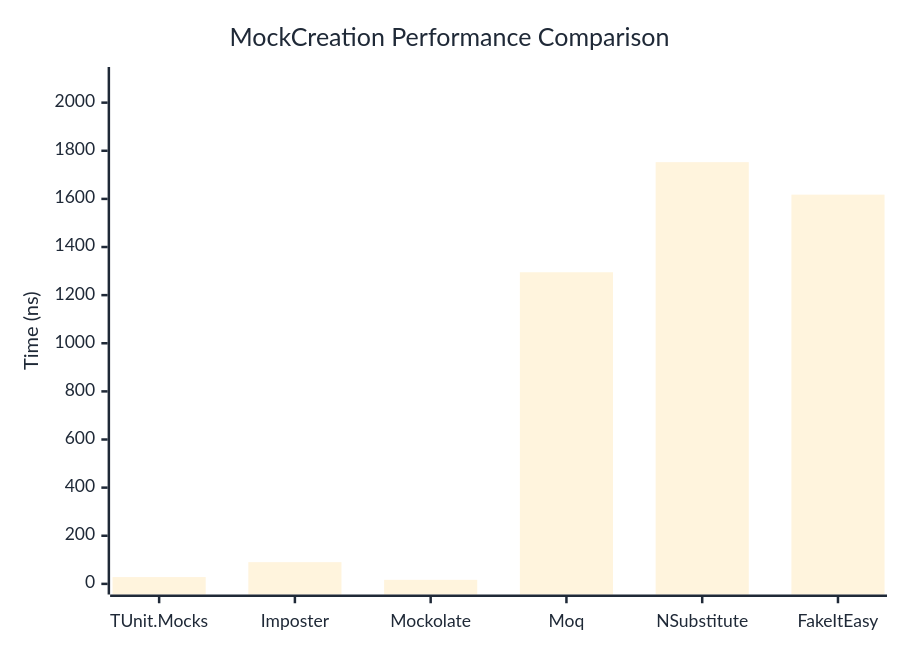
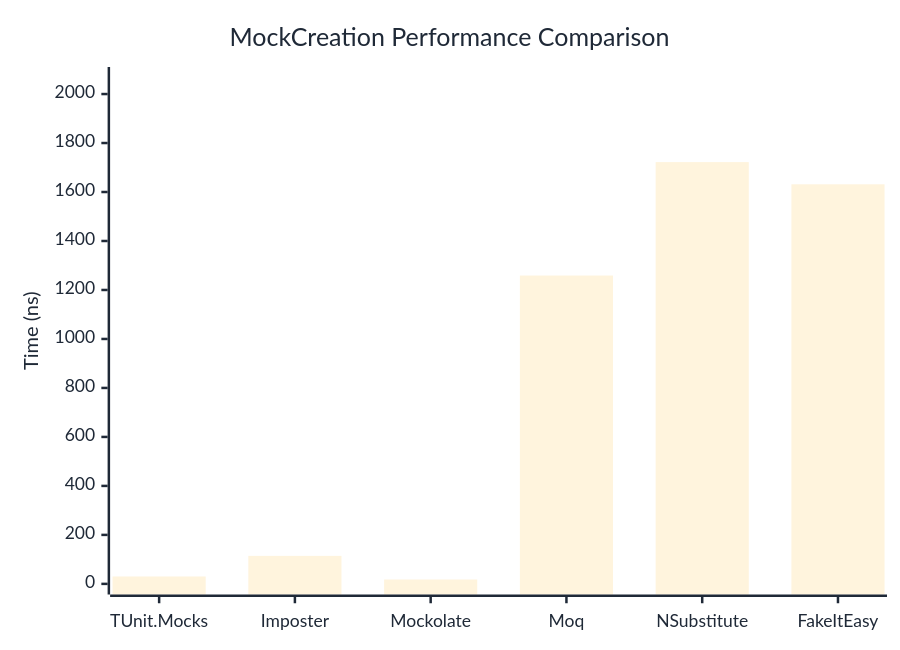
The first of 2 diagrams in docs/docs/benchmarks/mocks/MockCreation.md (thomhurst/TUnit), drawn with Mermaid before and after one commit. The commit also changed other lines of this file and 14 other files, not shown here.

````diff
--- a/docs/docs/benchmarks/mocks/MockCreation.md
+++ b/docs/docs/benchmarks/mocks/MockCreation.md
@@ -30,27 +30,27 @@
 ```mermaid
 %%{init: {
   'theme':'base',
   'themeVariables': {
     'primaryColor': '#2563eb',
     'primaryTextColor': '#1f2937',
     'primaryBorderColor': '#1e40af',
     'lineColor': '#6b7280',
     'secondaryColor': '#7c3aed',
     'tertiaryColor': '#dc2626',
     'background': '#ffffff',
     'pie1': '#2563eb',
     'pie2': '#7c3aed',
     'pie3': '#dc2626',
     'pie4': '#f59e0b',
     'pie5': '#10b981',
     'pie6': '#06b6d4',
     'pie7': '#ec4899',
     'pie8': '#6366f1'
   }
 }}%%
 xychart-beta
   title "MockCreation Performance Comparison"
   x-axis ["TUnit.Mocks", "Imposter", "Mockolate", "Moq", "NSubstitute", "FakeItEasy"]
-  y-axis "Time (ns)" 0 --> 2104
-  bar [28.31, 90.29, 16.79, 1295.11, 1752.71, 1617.63]
+  y-axis "Time (ns)" 0 --> 2067
+  bar [30.17, 114.32, 17.87, 1258.98, 1722.1, 1631.47]
 ```
````
